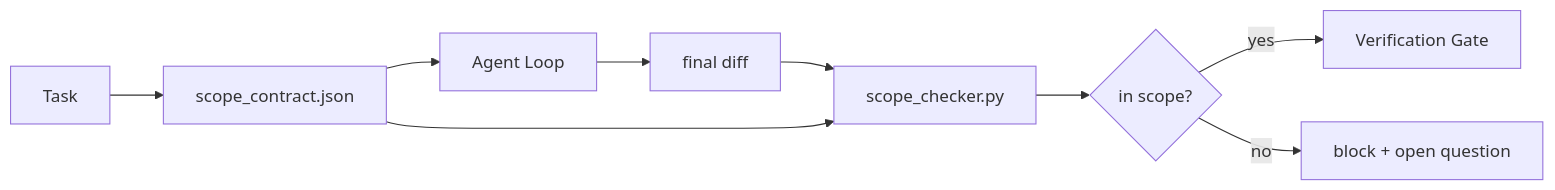
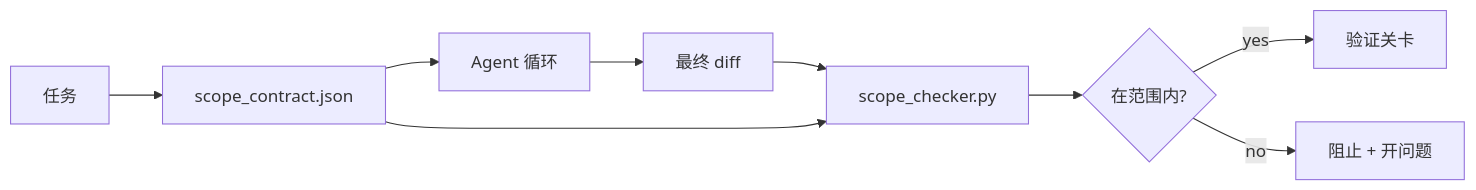
Before and after one commit to alessandrodinisio-ai/ai-engineering-learning-framework: the diagram in phases/14-agent-engineering/36-scope-contracts/docs/zh.md, drawn with Mermaid. The commit also changed 120 other files, not shown here.

First line of the commit message:
i18n(mermaid): 337 个 mermaid 图表标签中文化

````diff
--- a/phases/14-agent-engineering/36-scope-contracts/docs/zh.md
+++ b/phases/14-agent-engineering/36-scope-contracts/docs/zh.md
@@ -25,11 +25,11 @@
 ```mermaid
 flowchart LR
-  Task[Task] --> Contract[scope_contract.json]
-  Contract --> Agent[Agent Loop]
-  Agent --> Diff[final diff]
+  Task[任务] --> Contract[scope_contract.json]
+  Contract --> Agent[Agent 循环]
+  Agent --> Diff[最终 diff]
   Diff --> Checker[scope_checker.py]
   Contract --> Checker
-  Checker --> Verdict{in scope?}
-  Verdict -- yes --> Verify[Verification Gate]
-  Verdict -- no --> Block[block + open question]
+  Checker --> Verdict{在范围内?}
+  Verdict -- yes --> Verify[验证关卡]
+  Verdict -- no --> Block[阻止 + 开问题]
 ```
````
